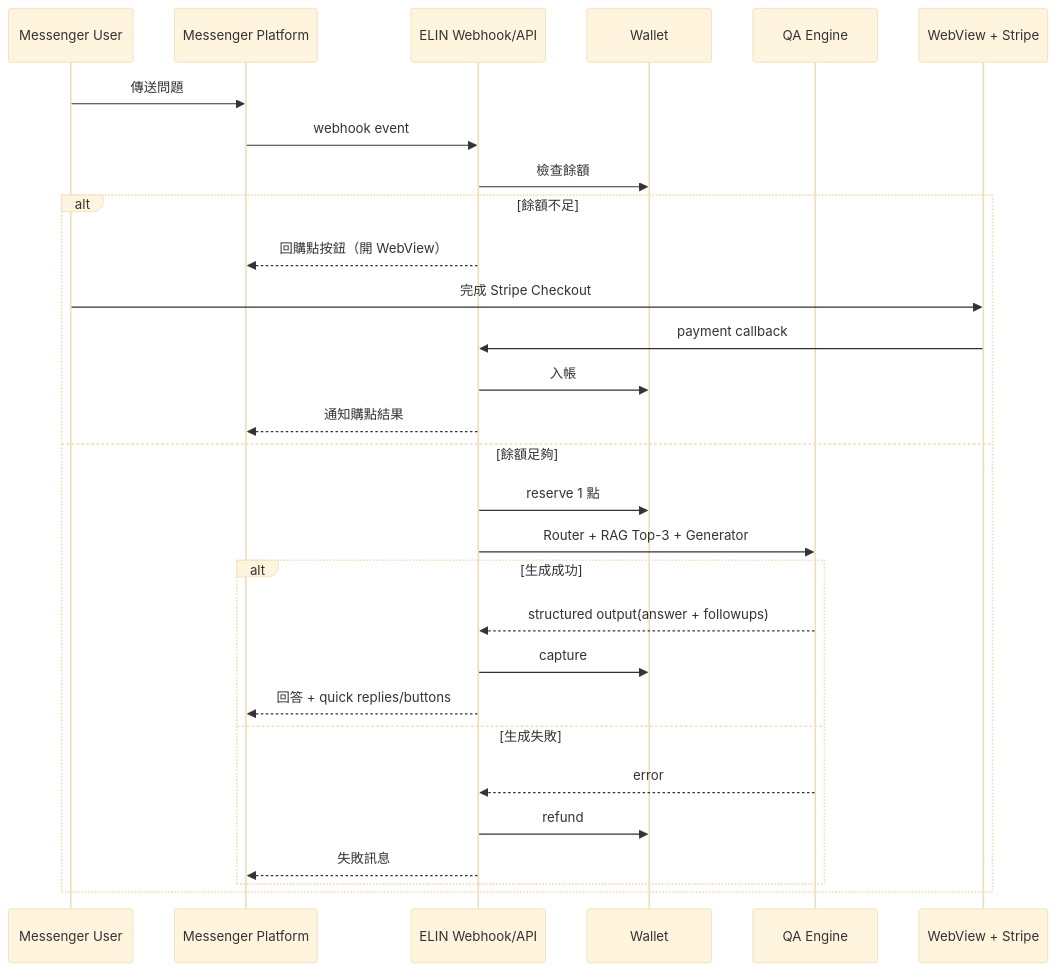
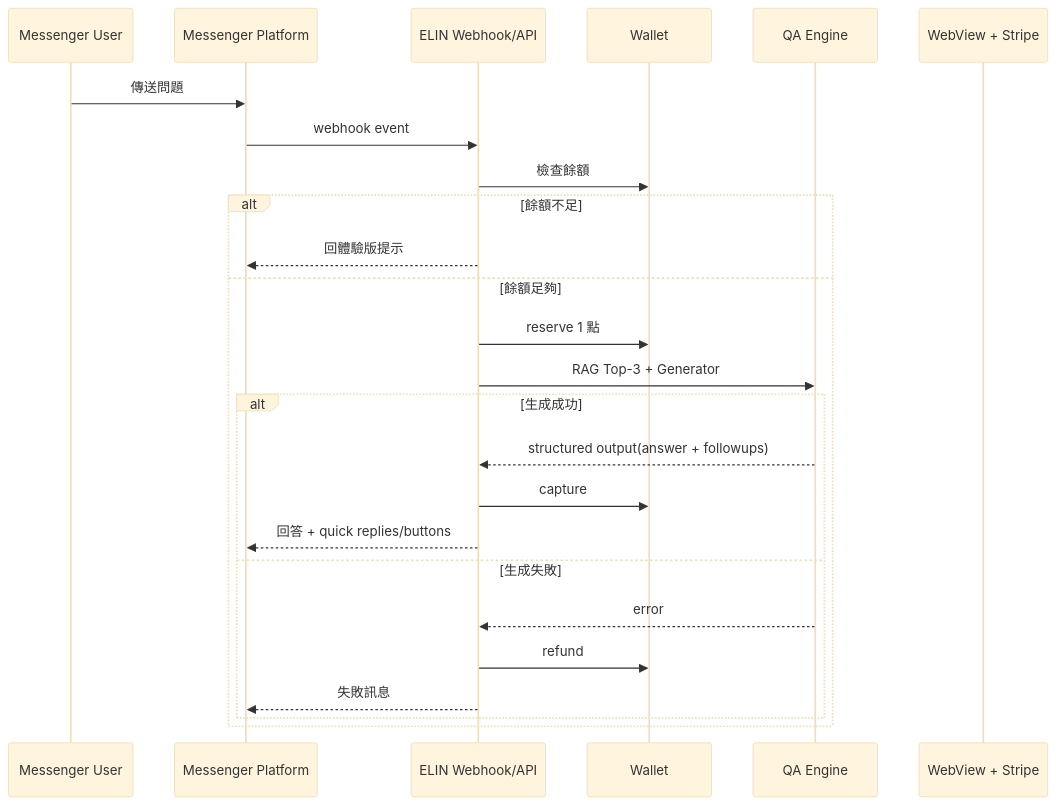
The second of 2 diagrams in docs/PRD.md (kevin1kevin1k/cyber-oracle), drawn with Mermaid (base theme) before and after one commit. The commit also changed other lines of this file and 3 other files, not shown here.

````diff
--- a/docs/PRD.md
+++ b/docs/PRD.md
@@ -137,32 +135,28 @@
 ```mermaid
 sequenceDiagram
   participant U as Messenger User
   participant MSG as Messenger Platform
   participant API as ELIN Webhook/API
   participant W as Wallet
   participant QA as QA Engine
   participant WV as WebView + Stripe
 
   U->>MSG: 傳送問題
   MSG->>API: webhook event
   API->>W: 檢查餘額
   alt 餘額不足
-    API-->>MSG: 回購點按鈕（開 WebView）
-    U->>WV: 完成 Stripe Checkout
-    WV->>API: payment callback
-    API->>W: 入帳
-    API-->>MSG: 通知購點結果
+    API-->>MSG: 回體驗版提示
   else 餘額足夠
     API->>W: reserve 1 點
-    API->>QA: Router + RAG Top-3 + Generator
+    API->>QA: RAG Top-3 + Generator
     alt 生成成功
       QA-->>API: structured output(answer + followups)
       API->>W: capture
       API-->>MSG: 回答 + quick replies/buttons
     else 生成失敗
       QA-->>API: error
       API->>W: refund
       API-->>MSG: 失敗訊息
     end
   end
 ```
````
